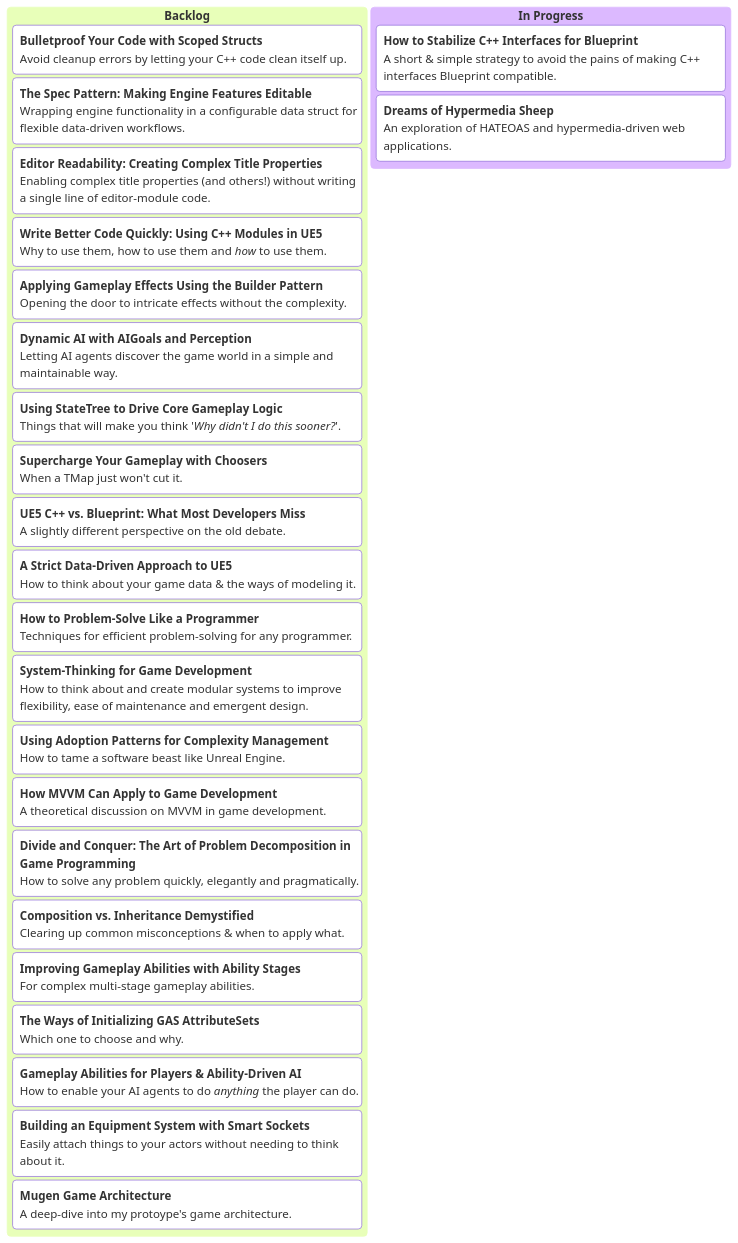
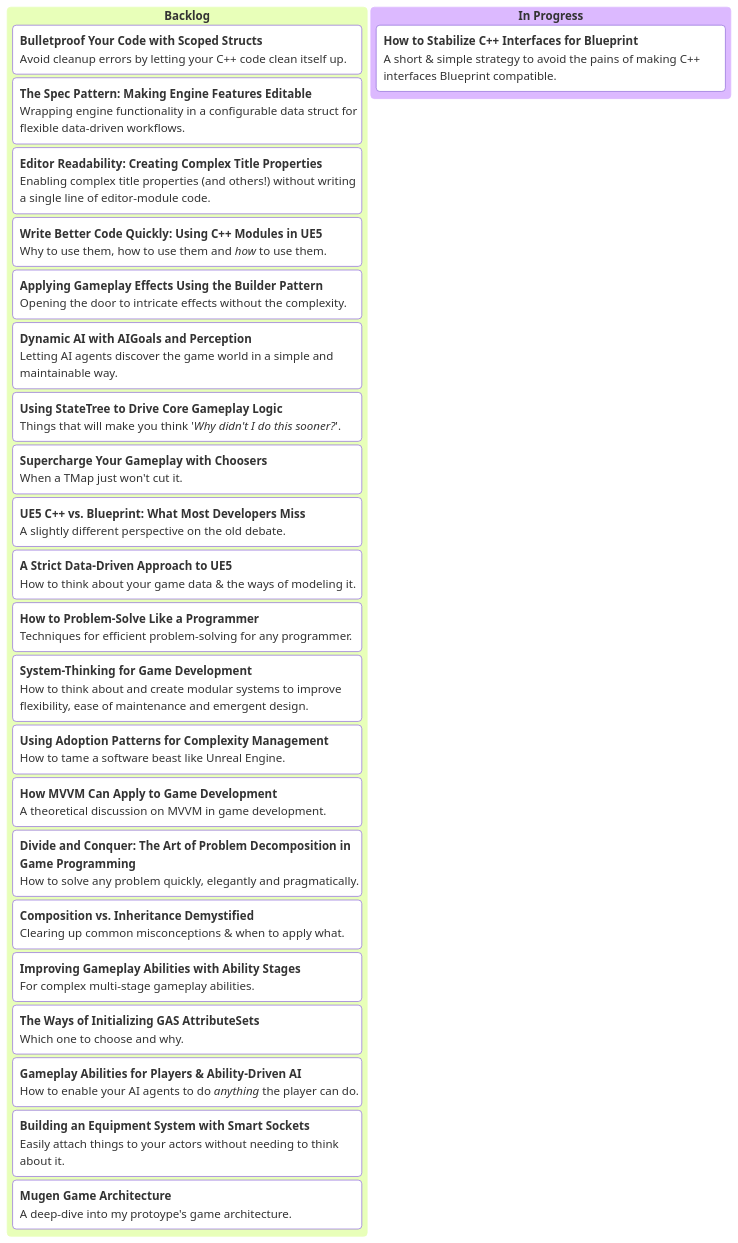
One commit to mugenmelon/mugenmelon.github.io changed the diagram in kanban.md. Above: the diagram before and after it, drawn with Mermaid. The commit also changed 2 other files, not shown here.

```diff
--- a/kanban.md
+++ b/kanban.md
@@ -8,57 +8,55 @@
 <pre class="mermaid">
 ---
 config:
     kanban:
         sectionWidth: 500
 ---
 kanban
     ["`**Backlog**`"]
         ["`**Bulletproof Your Code with Scoped Structs**
             Avoid cleanup errors by letting your C++ code clean itself up.`"]
         ["`**The Spec Pattern: Making Engine Features Editable**
             Wrapping engine functionality in a configurable data struct for flexible data-driven workflows.`"]
         ["`**Editor Readability: Creating Complex Title Properties**
             Enabling complex title properties (and others!) without writing a single line of editor-module code.`"]
         ["`**Write Better Code Quickly: Using C++ Modules in UE5**
             Why to use them, how to use them and *how* to use them.`"]
         ["`**Applying Gameplay Effects Using the Builder Pattern**
             Opening the door to intricate effects without the complexity.`"]
         ["`**Dynamic AI with AIGoals and Perception**
             Letting AI agents discover the game world in a simple and maintainable way.`"]
         ["`**Using StateTree to Drive Core Gameplay Logic**
             Things that will make you think '*Why didn't I do this sooner?*'.`"]
         ["`**Supercharge Your Gameplay with Choosers**
             When a TMap just won't cut it.`"]
         
         ["`**UE5 C++ vs. Blueprint: What Most Developers Miss**
             A slightly different perspective on the old debate.`"]
         ["`**A Strict Data-Driven Approach to UE5**
             How to think about your game data & the ways of modeling it.`"]
         ["`**How to Problem-Solve Like a Programmer**
             Techniques for efficient problem-solving for any programmer.`"]
         ["`**System-Thinking for Game Development**
             How to think about and create modular systems to improve flexibility, ease of maintenance and emergent design.`"]
         ["`**Using Adoption Patterns for Complexity Management**
             How to tame a software beast like Unreal Engine.`"]
         ["`**How MVVM Can Apply to Game Development**
             A theoretical discussion on MVVM in game development.`"]
         ["`**Divide and Conquer: The Art of Problem Decomposition in Game Programming**
             How to solve any problem quickly, elegantly and pragmatically.`"]
         ["`**Composition vs. Inheritance Demystified**
             Clearing up common misconceptions & when to apply what.`"]
         ["`**Improving Gameplay Abilities with Ability Stages**
             For complex multi-stage gameplay abilities.`"]
         ["`**The Ways of Initializing GAS AttributeSets**
             Which one to choose and why.`"]
         ["`**Gameplay Abilities for Players & Ability-Driven AI**
             How to enable your AI agents to do *anything* the player can do.`"]
         ["`**Building an Equipment System with Smart Sockets**
             Easily attach things to your actors without needing to think about it.`"]
         ["`**Mugen Game Architecture**
             A deep-dive into my protoype's game architecture.`"]
     ["`**In Progress**`"]
         ["`**How to Stabilize C++ Interfaces for Blueprint**
             A short & simple strategy to avoid the pains of making C++ interfaces Blueprint compatible.`"]
-        ["`**Dreams of Hypermedia Sheep**
-            An exploration of HATEOAS and hypermedia-driven web applications.`"]
 </pre>
```
